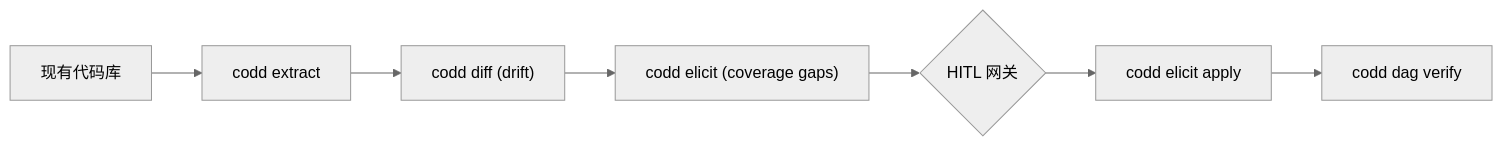
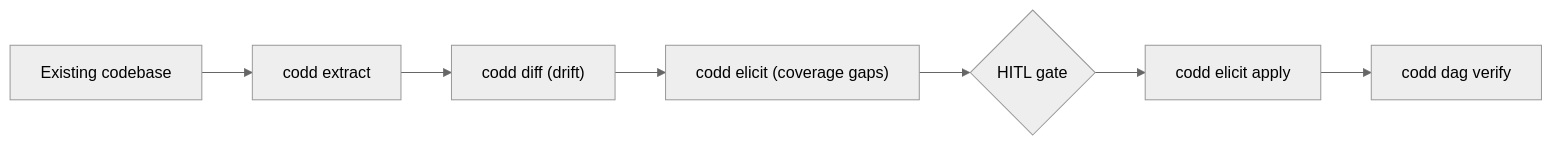
The second of 2 diagrams in README_zh.md (yohey-w/codd-dev), drawn with Mermaid (neutral theme) before and after one commit. The commit also changed other lines of this file and 2 other files, not shown here.

First line of the commit message:
docs(readme): restructure 3-language README to user-first flow (cmd_360)

````diff
--- a/README_zh.md
+++ b/README_zh.md
@@ -80,9 +66,9 @@
 ```mermaid
 flowchart LR
-    Code["现有代码库"] --> X["codd extract"]
+    Code["Existing codebase"] --> X["codd extract"]
     X --> DIFF["codd diff (drift)"]
     DIFF --> EL["codd elicit (coverage gaps)"]
-    EL --> H{HITL 网关}
+    EL --> H{HITL gate}
     H --> Apply["codd elicit apply"]
     Apply --> V["codd dag verify"]
 ```
````
